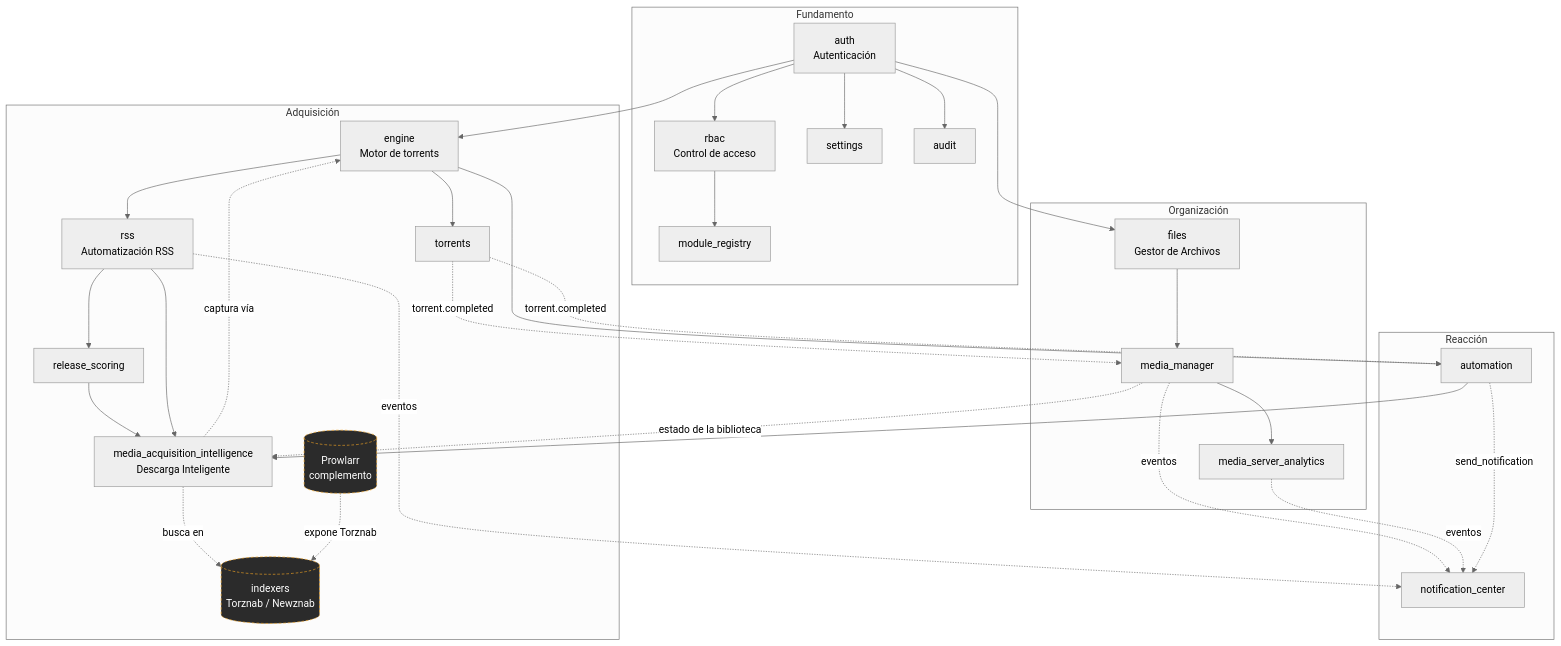
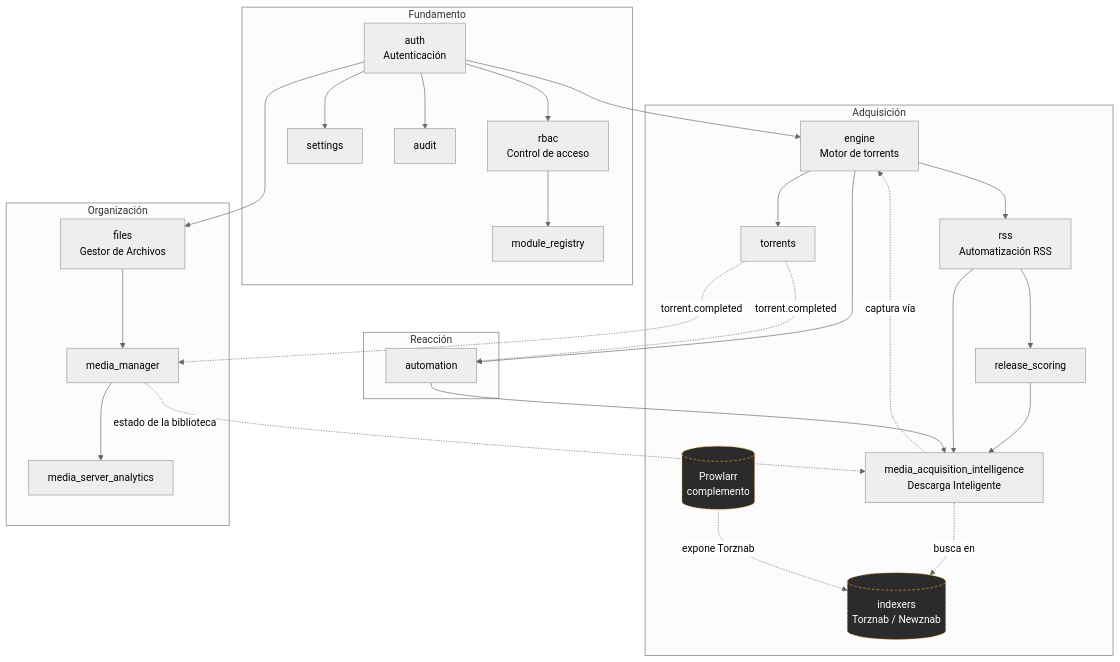
Before and after one commit to damirabal/ultratorrent-core: the diagram in website/i18n/es-PR/docusaurus-plugin-content-docs/current/modules/index.md, drawn with Mermaid (neutral theme). The commit also changed other lines of this file and 63 other files, not shown here.

````diff
--- a/website/i18n/es-PR/docusaurus-plugin-content-docs/current/modules/index.md
+++ b/website/i18n/es-PR/docusaurus-plugin-content-docs/current/modules/index.md
@@ -56,65 +56,59 @@
 ```mermaid
 flowchart TD
   subgraph Foundation [Fundamento]
     AUTH[auth<br/>Autenticación]
     RBAC[rbac<br/>Control de acceso]
     SET[settings]
     AUD[audit]
     MR[module_registry]
   end
 
   subgraph Acquisition [Adquisición]
     ENG[engine<br/>Motor de torrents]
     TOR[torrents]
     RSS[rss<br/>Automatización RSS]
     RS[release_scoring]
     MAI[media_acquisition_intelligence<br/>Descarga Inteligente]
     IDX[(indexers<br/>Torznab / Newznab)]
     PRW[(Prowlarr<br/>complemento)]
   end
 
   subgraph Organisation [Organización]
     FILES[files<br/>Gestor de Archivos]
     MM[media_manager]
     MSA[media_server_analytics]
   end
 
   subgraph Reaction [Reacción]
     AUTO[automation]
-    NC[notification_center]
   end
 
   AUTH --> RBAC
   AUTH --> ENG
   AUTH --> FILES
   AUTH --> SET
   AUTH --> AUD
   RBAC --> MR
 
   ENG --> TOR
   ENG --> RSS
   ENG --> AUTO
 
   RSS --> RS
   RS --> MAI
   RSS --> MAI
   AUTO --> MAI
   MAI -.->|busca en| IDX
   PRW -.->|expone Torznab| IDX
 
   FILES --> MM
   MM --> MSA
   MM -.->|estado de la biblioteca| MAI
 
   MAI -.->|captura vía| ENG
   TOR -.->|torrent.completed| MM
   TOR -.->|torrent.completed| AUTO
 
-  MM -.->|eventos| NC
-  MSA -.->|eventos| NC
-  RSS -.->|eventos| NC
-  AUTO -.->|send_notification| NC
-
   classDef ext fill:#2b2b2b,stroke:#f5a623,color:#fff,stroke-dasharray: 4 3
   class IDX,PRW ext
 ```
````
